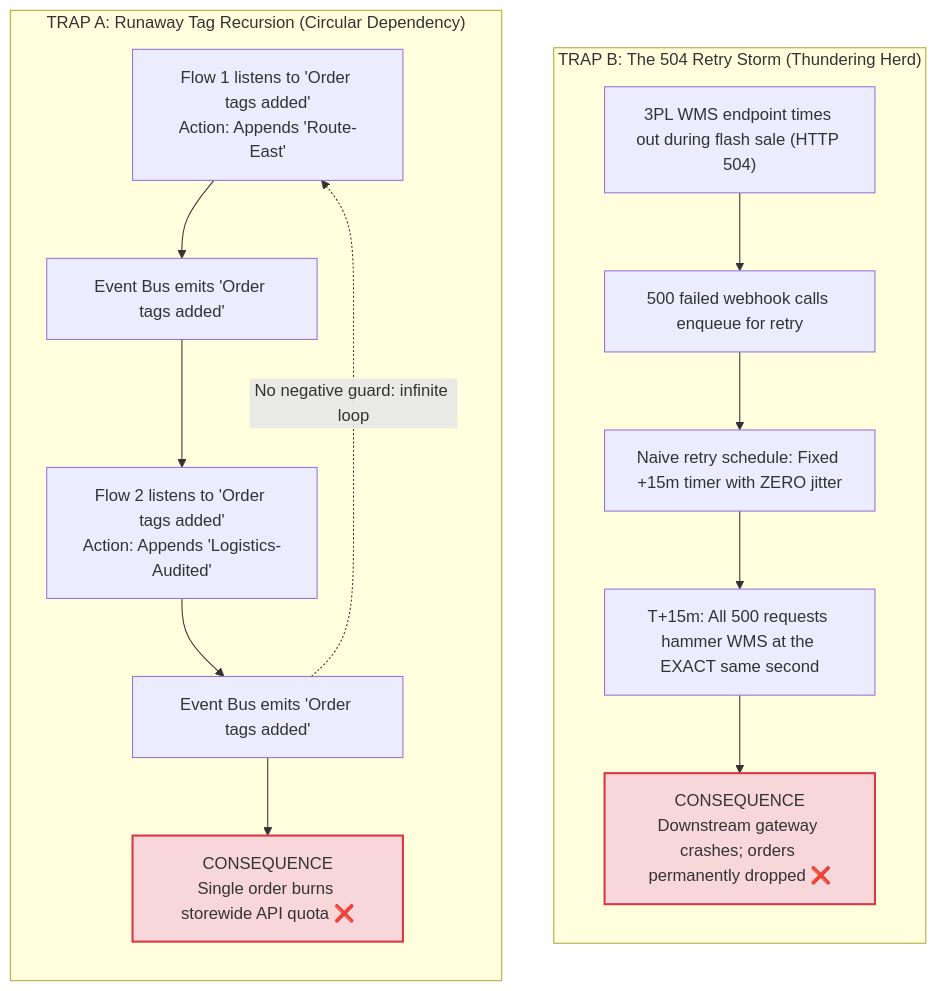
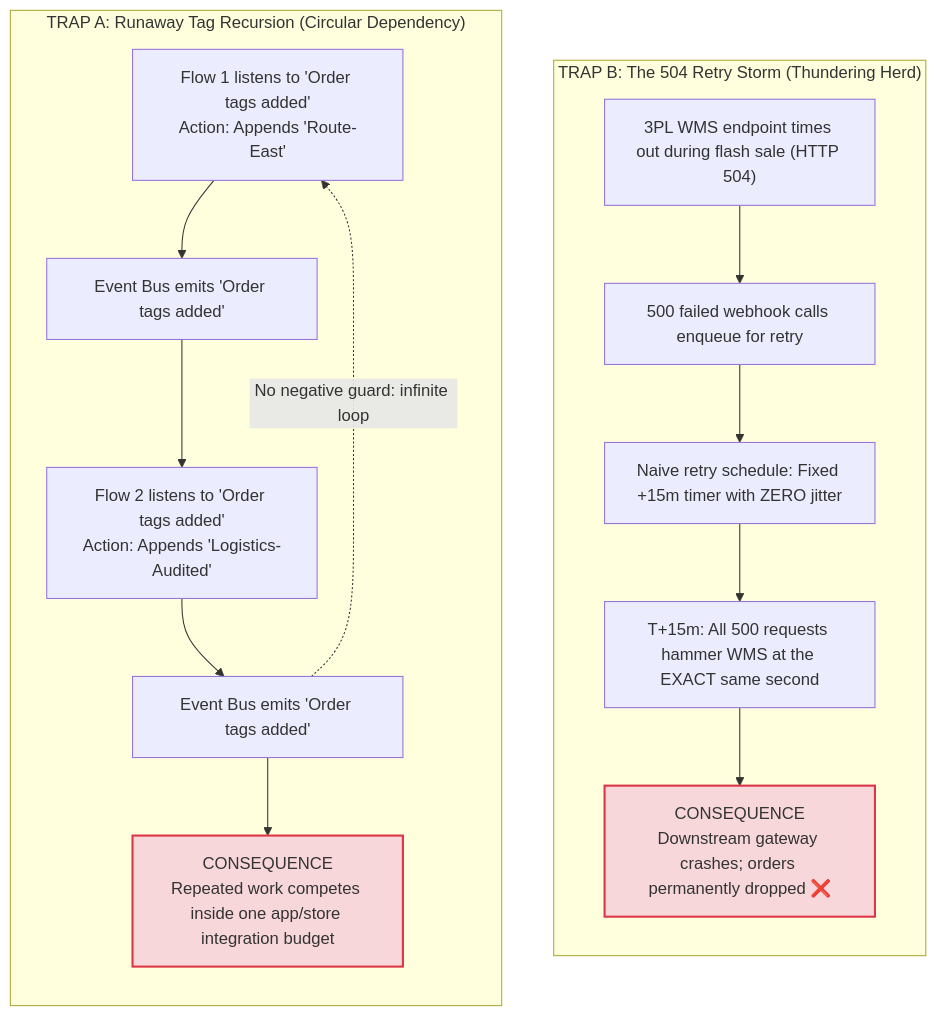
One commit to riovicsusas/portfolio changed the first of 7 diagrams in domain-4-business-automation/MasterDossier-Domain4-WebhookAutomationAndFlowTriage.md. Above: the diagram before and after it, drawn with Mermaid. The commit also changed other lines of this file and 17 other files, not shown here.

````diff
--- a/domain-4-business-automation/MasterDossier-Domain4-WebhookAutomationAndFlowTriage.md
+++ b/domain-4-business-automation/MasterDossier-Domain4-WebhookAutomationAndFlowTriage.md
@@ -69,24 +65,24 @@
 ```mermaid
 flowchart LR
     subgraph TRAP_A["TRAP A: Runaway Tag Recursion (Circular Dependency)"]
         direction TB
         A1["Flow 1 listens to 'Order tags added'<br/>Action: Appends 'Route-East'"] --> A2["Event Bus emits 'Order tags added'"]
         A2 --> A3["Flow 2 listens to 'Order tags added'<br/>Action: Appends 'Logistics-Audited'"]
         A3 --> A4["Event Bus emits 'Order tags added'"]
         A4 -. "No negative guard: infinite loop" .-> A1
-        A4 --> A5["CONSEQUENCE<br/>Single order burns storewide API quota ❌"]
+        A4 --> A5["CONSEQUENCE<br/>Repeated work competes inside one app/store integration budget"]
     end
 
     subgraph TRAP_B["TRAP B: The 504 Retry Storm (Thundering Herd)"]
         direction TB
         B1["3PL WMS endpoint times out during flash sale (HTTP 504)"] --> B2["500 failed webhook calls enqueue for retry"]
         B2 --> B3["Naive retry schedule: Fixed +15m timer with ZERO jitter"]
         B3 --> B4["T+15m: All 500 requests hammer WMS at the EXACT same second"]
         B4 --> B5["CONSEQUENCE<br/>Downstream gateway crashes; orders permanently dropped ❌"]
     end
 
     TRAP_A ~~~ TRAP_B
 
     style A5 fill:#f8d7da,stroke:#dc3545,stroke-width:2px;
     style B5 fill:#f8d7da,stroke:#dc3545,stroke-width:2px;
 ```
````
